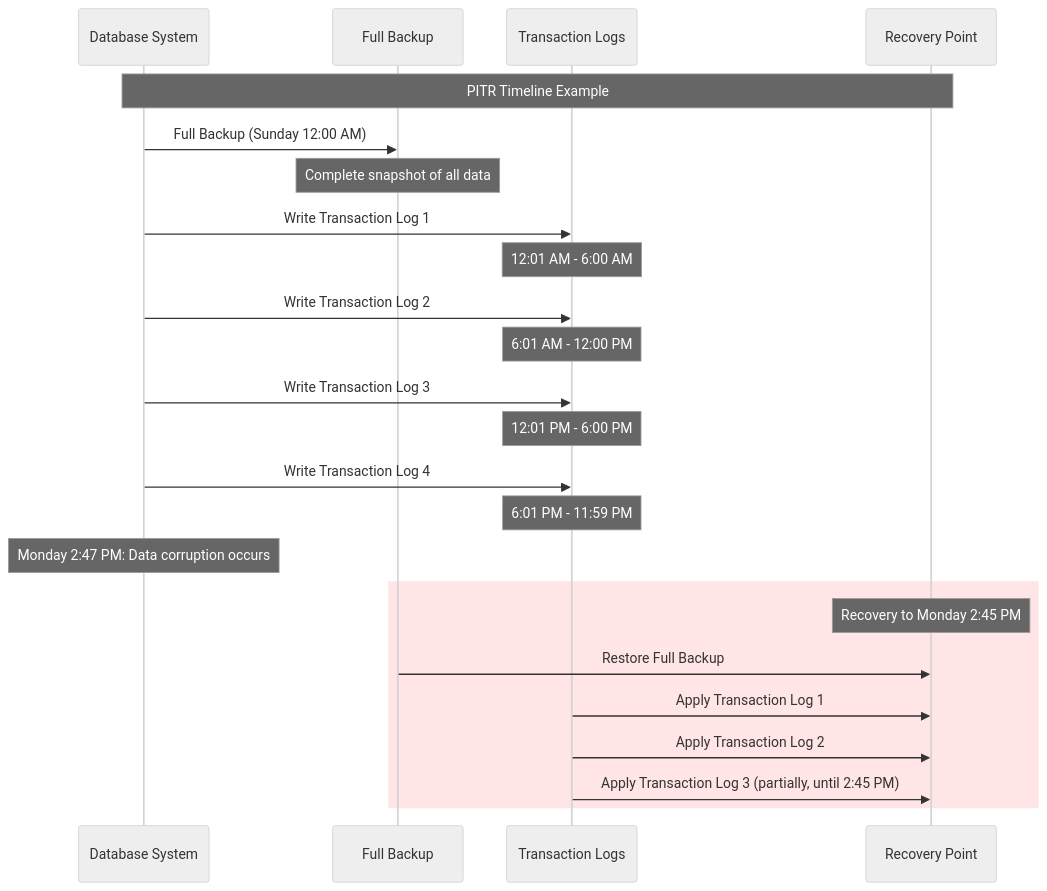
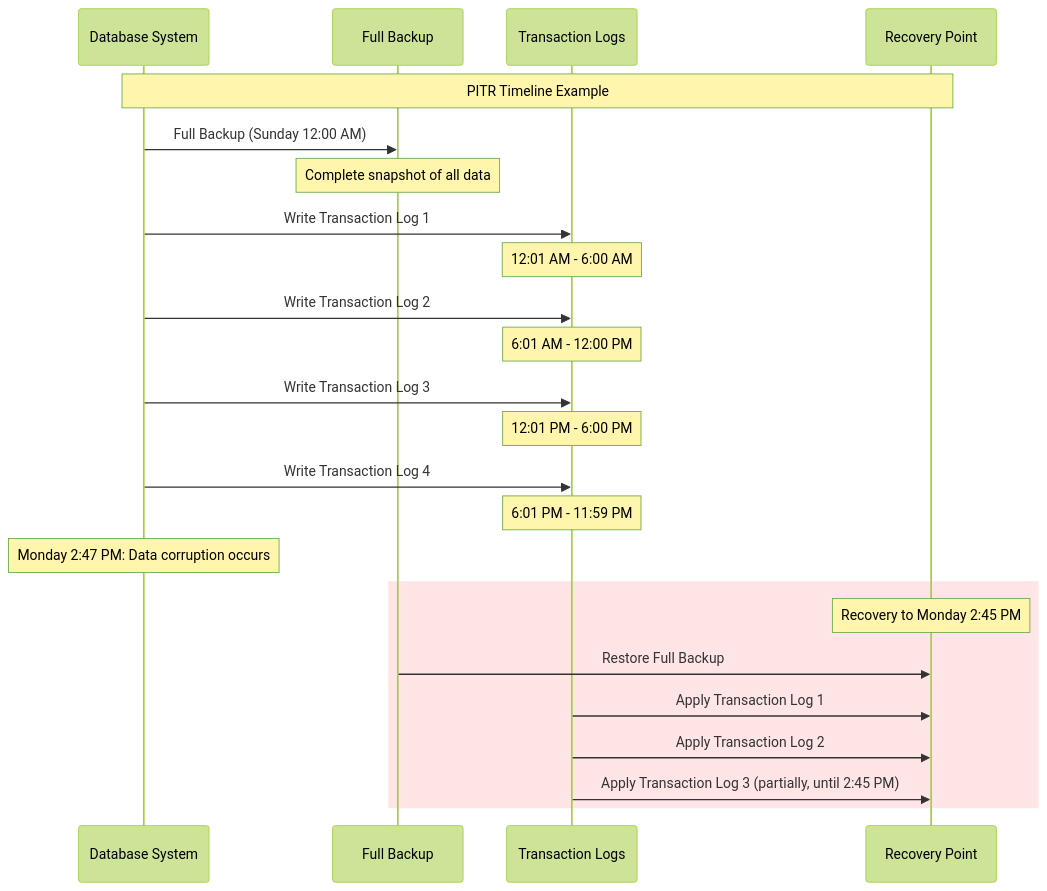
One commit to ojitha/ojitha.github.io changed the first of 2 diagrams in _posts/2025-02-26-AWS_PITR.md. Above: the diagram before and after it, drawn with Mermaid. The commit also changed other lines of this file, not shown here.

Commit message:
changed the configuration of the mermaid.

````diff
--- a/_posts/2025-02-26-AWS_PITR.md
+++ b/_posts/2025-02-26-AWS_PITR.md
@@ -49,36 +49,39 @@
 ```mermaid
-%%{init: {'theme': 'neutral' } }%%
+---
+config:
+  theme: forest
+---
 sequenceDiagram
     participant DB as Database System
     participant FB as Full Backup
     participant TL as Transaction Logs
     participant RP as Recovery Point
     
     Note over DB,RP: PITR Timeline Example
     
     DB->>FB: Full Backup (Sunday 12:00 AM)
     Note over FB: Complete snapshot of all data
     
     DB->>TL: Write Transaction Log 1
     Note over TL: 12:01 AM - 6:00 AM
     
     DB->>TL: Write Transaction Log 2
     Note over TL: 6:01 AM - 12:00 PM
     
     DB->>TL: Write Transaction Log 3
     Note over TL: 12:01 PM - 6:00 PM
     
     DB->>TL: Write Transaction Log 4
     Note over TL: 6:01 PM - 11:59 PM
     
     Note over DB: Monday 2:47 PM: Data corruption occurs
 
     rect rgba(255, 0, 0, 0.1)
     Note over RP: Recovery to Monday 2:45 PM
     FB->>RP: Restore Full Backup
     TL->>RP: Apply Transaction Log 1
     TL->>RP: Apply Transaction Log 2
     TL->>RP: Apply Transaction Log 3 (partially, until 2:45 PM)
     end
 
 ```
````
